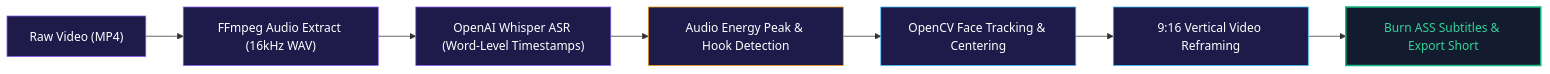
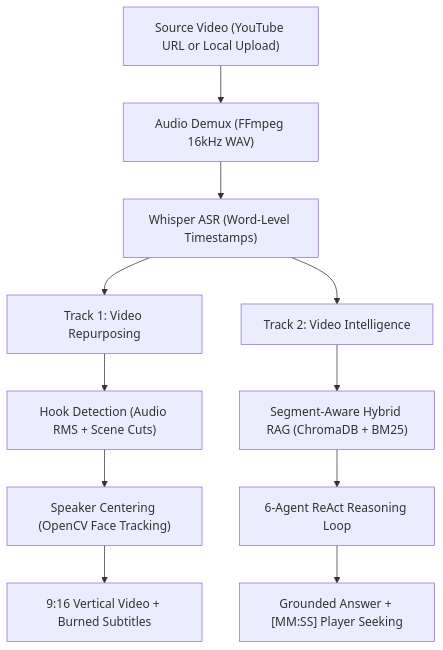
The diagram in README.md (ravindrareddy17/ClipForge), drawn with Mermaid before and after one commit. The commit also changed other lines of this file, not shown here.

````diff
--- a/README.md
+++ b/README.md
@@ -166,17 +67,16 @@
 ```mermaid
-flowchart LR
-    A["Raw Video (MP4)"] --> B["FFmpeg Audio Extract (16kHz WAV)"]
-    B --> C["OpenAI Whisper ASR (Word-Level Timestamps)"]
-    C --> D["Audio Energy Peak & Hook Detection"]
-    D --> E["OpenCV Face Tracking & Centering"]
-    E --> F["9:16 Vertical Video Reframing"]
-    F --> G["Burn ASS Subtitles & Export Short"]
+flowchart TD
+    Video["Source Video (YouTube URL or Local Upload)"] --> Audio["Audio Demux (FFmpeg 16kHz WAV)"]
+    Audio --> Whisper["Whisper ASR (Word-Level Timestamps)"]
 
-    style A fill:#1E1B4B,stroke:#8B5CF6,color:#FFFFFF
-    style B fill:#1E1B4B,stroke:#8B5CF6,color:#FFFFFF
-    style C fill:#1E1B4B,stroke:#8B5CF6,color:#FFFFFF
-    style D fill:#1E1B4B,stroke:#F59E0B,color:#FFFFFF
-    style E fill:#1E1B4B,stroke:#38BDF8,color:#FFFFFF
-    style F fill:#1E1B4B,stroke:#38BDF8,color:#FFFFFF
-    style G fill:#131B2E,stroke:#10B981,stroke-width:2px,color:#34D399
+    Whisper --> Repurposing["Track 1: Video Repurposing"]
+    Whisper --> Intelligence["Track 2: Video Intelligence"]
+
+    Repurposing --> Moments["Hook Detection (Audio RMS + Scene Cuts)"]
+    Moments --> Tracking["Speaker Centering (OpenCV Face Tracking)"]
+    Tracking --> Export["9:16 Vertical Video + Burned Subtitles"]
+
+    Intelligence --> HybridRAG["Segment-Aware Hybrid RAG (ChromaDB + BM25)"]
+    HybridRAG --> MultiAgent["6-Agent ReAct Reasoning Loop"]
+    MultiAgent --> Answer["Grounded Answer + [MM:SS] Player Seeking"]
 ```
````
